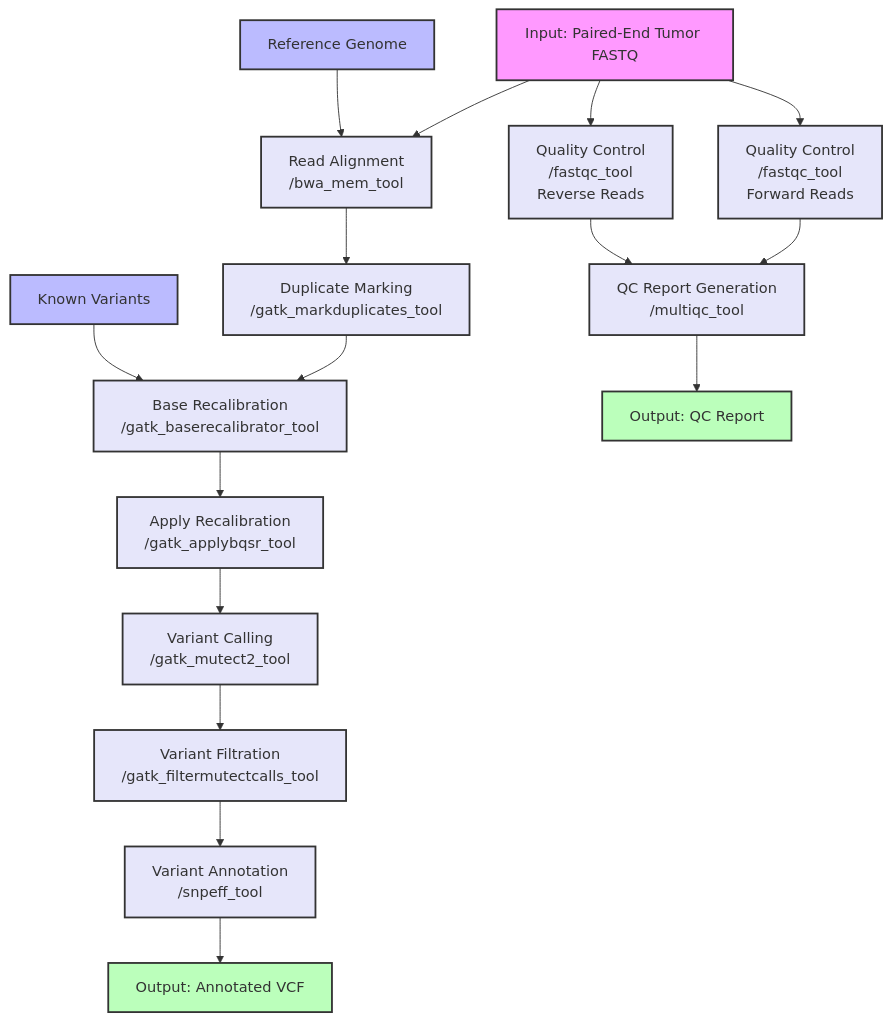
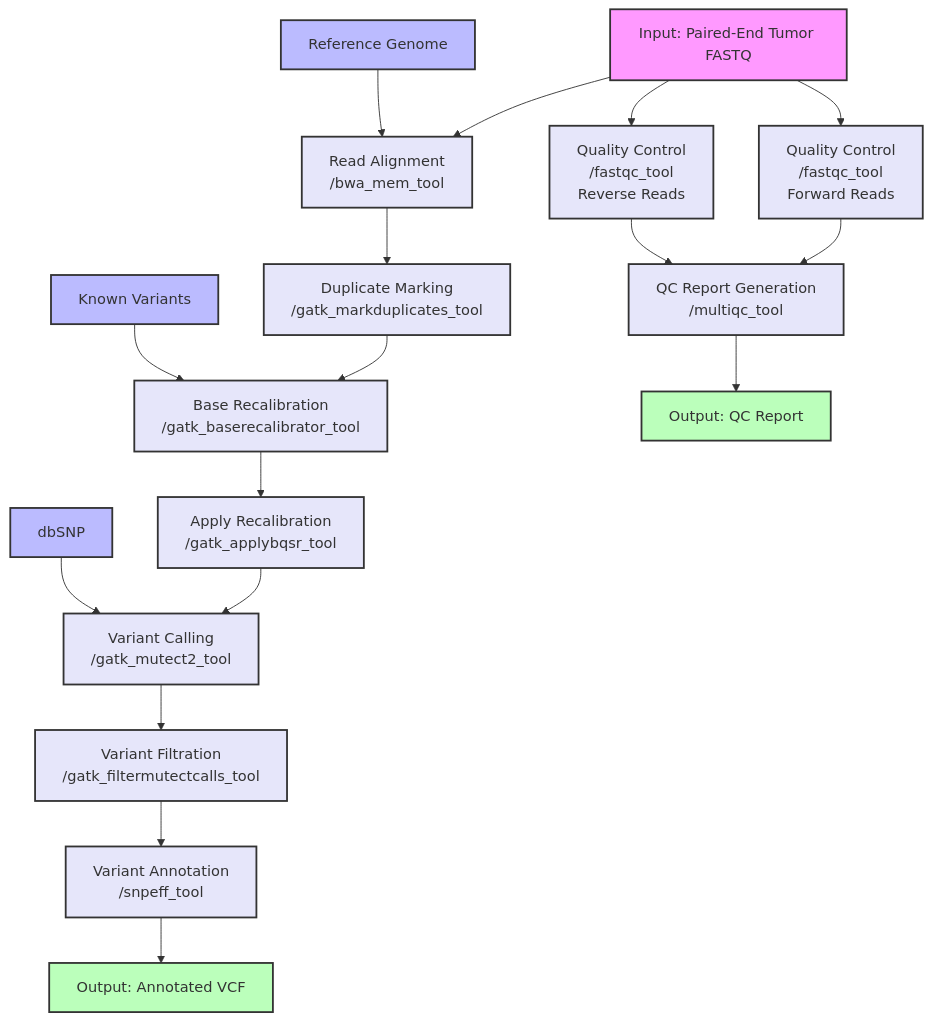
Before and after one commit to davidroberson/generative-cwl: the diagram in tumor-multiomics/Workflow_01_Tumor_Exome_Analysis_Workflow.md, drawn with Mermaid. The commit also changed other lines of this file, not shown here.

````diff
--- a/tumor-multiomics/Workflow_01_Tumor_Exome_Analysis_Workflow.md
+++ b/tumor-multiomics/Workflow_01_Tumor_Exome_Analysis_Workflow.md
@@ -8,34 +8,36 @@
 ```mermaid
 graph TD
     A[Input: Paired-End Tumor FASTQ] --> QC1[Quality Control<br/>/fastqc_tool<br/>Forward Reads]
     A --> QC2[Quality Control<br/>/fastqc_tool<br/>Reverse Reads]
     A --> B[Read Alignment<br/>/bwa_mem_tool]
     R[Reference Genome] --> B
     QC1 --> M[QC Report Generation<br/>/multiqc_tool]
     QC2 --> M
     B --> C[Duplicate Marking<br/>/gatk_markduplicates_tool]
     C --> D[Base Recalibration<br/>/gatk_baserecalibrator_tool]
     K[Known Variants] --> D
     D --> E[Apply Recalibration<br/>/gatk_applybqsr_tool]
     E --> F[Variant Calling<br/>/gatk_mutect2_tool]
+    DB[dbSNP] --> F
     F --> G[Variant Filtration<br/>/gatk_filtermutectcalls_tool]
     G --> H[Variant Annotation<br/>/snpeff_tool]
     H --> I[Output: Annotated VCF]
     M --> N[Output: QC Report]
     
     style A fill:#f9f,stroke:#333,stroke-width:2px
     style R fill:#bbf,stroke:#333,stroke-width:2px
     style K fill:#bbf,stroke:#333,stroke-width:2px
+    style DB fill:#bbf,stroke:#333,stroke-width:2px
     style I fill:#bfb,stroke:#333,stroke-width:2px
     style N fill:#bfb,stroke:#333,stroke-width:2px
     style QC1 fill:#e6e6fa,stroke:#333,stroke-width:2px
     style QC2 fill:#e6e6fa,stroke:#333,stroke-width:2px
     style B fill:#e6e6fa,stroke:#333,stroke-width:2px
     style C fill:#e6e6fa,stroke:#333,stroke-width:2px
     style D fill:#e6e6fa,stroke:#333,stroke-width:2px
     style E fill:#e6e6fa,stroke:#333,stroke-width:2px
     style F fill:#e6e6fa,stroke:#333,stroke-width:2px
     style G fill:#e6e6fa,stroke:#333,stroke-width:2px
     style H fill:#e6e6fa,stroke:#333,stroke-width:2px
     style M fill:#e6e6fa,stroke:#333,stroke-width:2px
 ```
````
